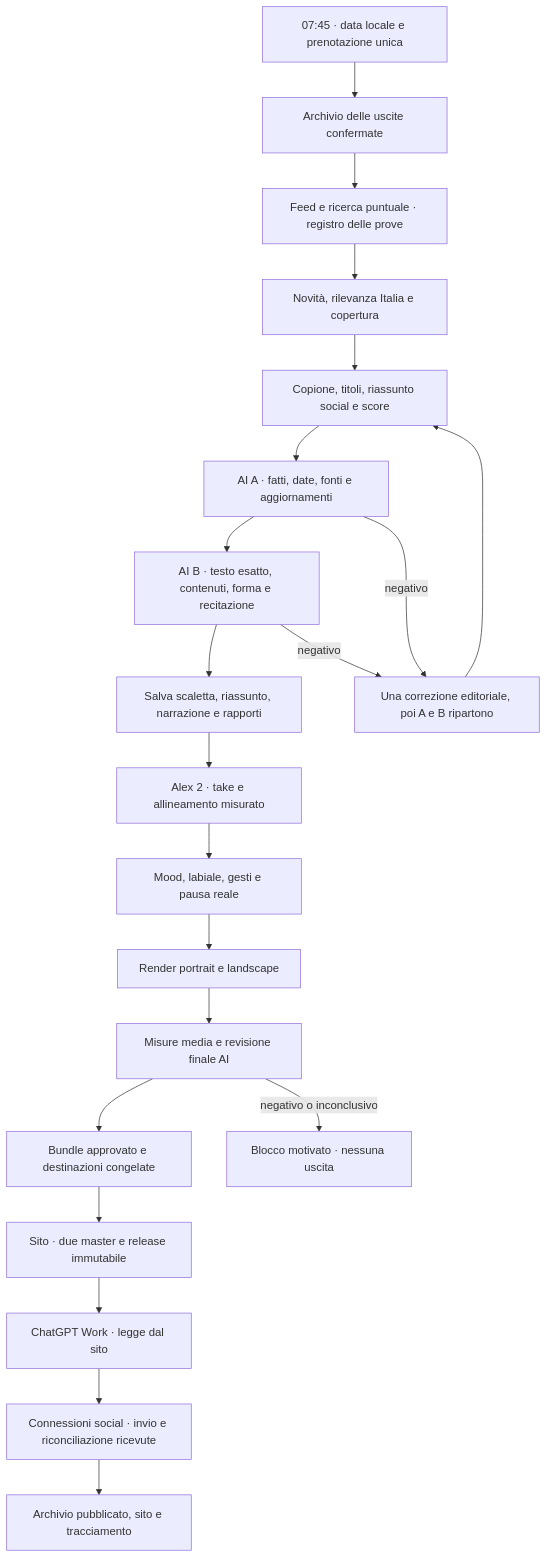
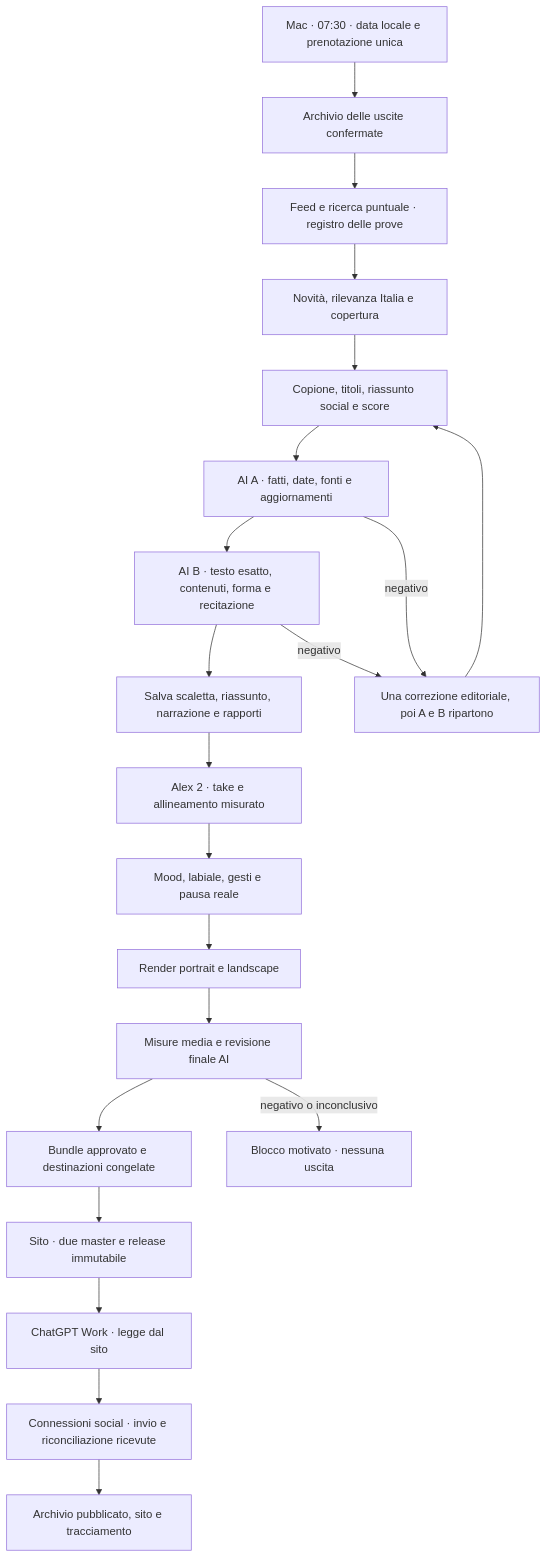
Before and after one commit to vgflutter/conclavia-meeting-avatar: the diagram in docs/tg/cdaily-agent-runbook.md, drawn with Mermaid. The commit also changed other lines of this file and 24 other files, not shown here.

````diff
--- a/docs/tg/cdaily-agent-runbook.md
+++ b/docs/tg/cdaily-agent-runbook.md
@@ -90,23 +92,23 @@
 ```mermaid
 flowchart TD
-  S[07:45 · data locale e prenotazione unica] --> H[Archivio delle uscite confermate]
+  S[Mac · 07:30 · data locale e prenotazione unica] --> H[Archivio delle uscite confermate]
   H --> R[Feed e ricerca puntuale · registro delle prove]
   R --> N[Novità, rilevanza Italia e copertura]
   N --> E[Copione, titoli, riassunto social e score]
   E --> A[AI A · fatti, date, fonti e aggiornamenti]
   A --> B[AI B · testo esatto, contenuti, forma e recitazione]
   B --> T[Salva scaletta, riassunto, narrazione e rapporti]
   T --> V[Alex 2 · take e allineamento misurato]
   V --> M[Mood, labiale, gesti e pausa reale]
   M --> F[Render portrait e landscape]
   F --> Q[Misure media e revisione finale AI]
   Q --> P[Bundle approvato e destinazioni congelate]
   P --> SITE[Sito · due master e release immutabile]
   SITE --> W[ChatGPT Work · legge dal sito]
   W --> O[Connessioni social · invio e riconciliazione ricevute]
   O --> D[Archivio pubblicato, sito e tracciamento]
   A -->|negativo| X[Una correzione editoriale, poi A e B ripartono]
   B -->|negativo| X
   X --> E
   Q -->|negativo o inconclusivo| STOP[Blocco motivato · nessuna uscita]
 ```
````
